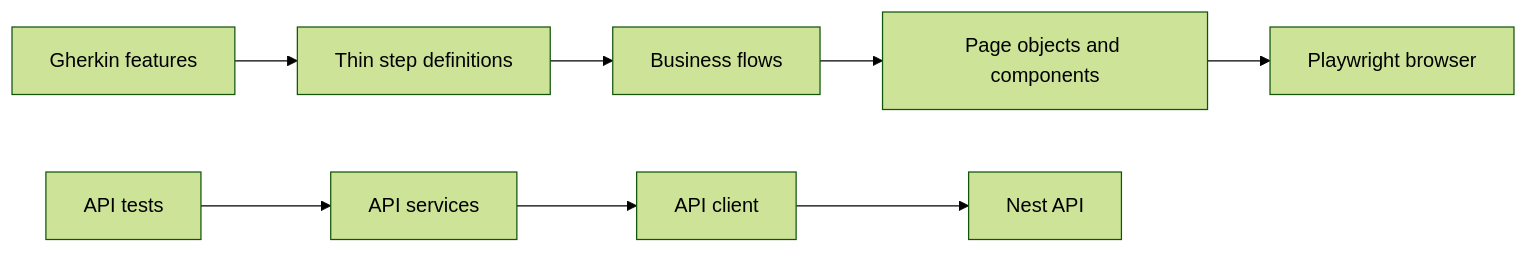
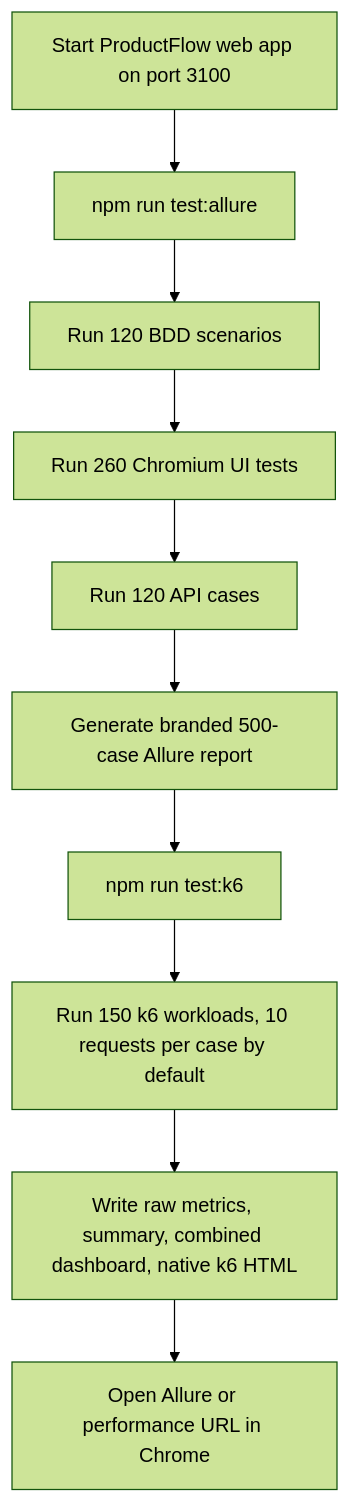
Before and after one commit to haroondhanyal/Product_Flow_360: the diagram in playwright/README.md, drawn with Mermaid (forest theme). The commit also changed other lines of this file and 21 other files, not shown here.

Commit message:
feat: complete ProductFlow automation and reports

````diff
--- a/playwright/README.md
+++ b/playwright/README.md
@@ -7,8 +28,12 @@
 ```mermaid
-flowchart LR
-  F[Gherkin features] --> S[Thin step definitions]
-  S --> W[Business flows]
-  W --> P[Page objects and components]
-  P --> PW[Playwright browser]
-  AT[API tests] --> AS[API services] --> AC[API client] --> API[Nest API]
+flowchart TD
+  A[Start ProductFlow web app on port 3100] --> B[npm run test:allure]
+  B --> C[Run 120 BDD scenarios]
+  C --> D[Run 260 Chromium UI tests]
+  D --> E[Run 120 API cases]
+  E --> F[Generate branded 500-case Allure report]
+  F --> G[npm run test:k6]
+  G --> H[Run 150 k6 workloads, 10 requests per case by default]
+  H --> I[Write raw metrics, summary, combined dashboard, native k6 HTML]
+  I --> J[Open Allure or performance URL in Chrome]
 ```
````
